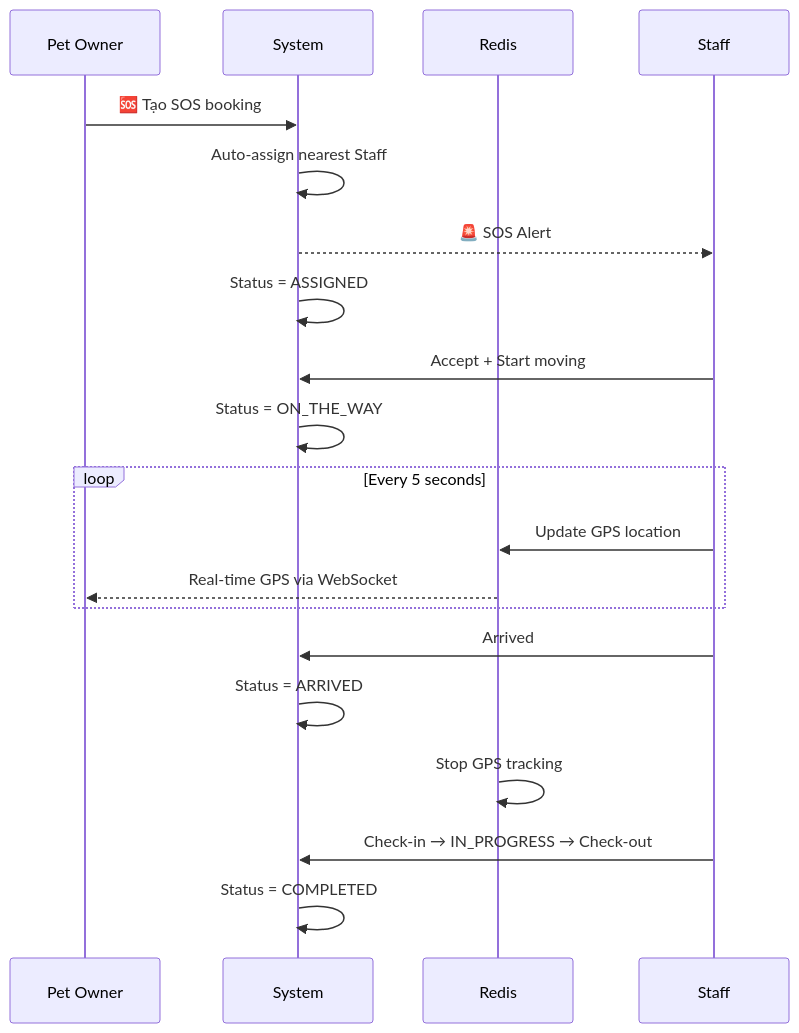
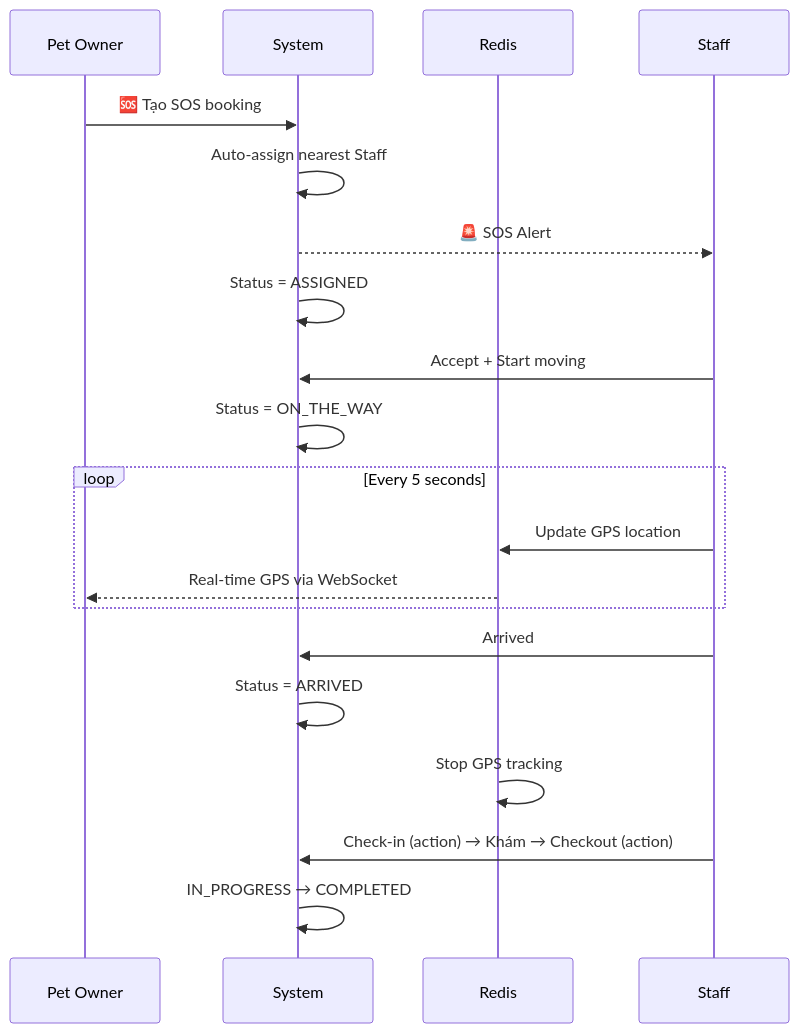
One commit to espresso23/Petties-Veterinary-Appointment-Booking-Platform changed the fourth of 5 diagrams in docs-references/documentation/BOOKING_WORKFLOW.md. Above: the diagram before and after it, drawn with Mermaid. The commit also changed other lines of this file and 24 other files, not shown here.

````diff
--- a/docs-references/documentation/BOOKING_WORKFLOW.md
+++ b/docs-references/documentation/BOOKING_WORKFLOW.md
@@ -160,27 +158,27 @@
 ```mermaid
 sequenceDiagram
     participant PO as Pet Owner
     participant S as System
     participant R as Redis
     participant V as Staff
 
     PO->>S: 🆘 Tạo SOS booking
     S->>S: Auto-assign nearest Staff
     S-->>V: 🚨 SOS Alert
     S->>S: Status = ASSIGNED
 
     V->>S: Accept + Start moving
     S->>S: Status = ON_THE_WAY
 
     loop Every 5 seconds
         V->>R: Update GPS location
         R-->>PO: Real-time GPS via WebSocket
     end
 
     V->>S: Arrived
     S->>S: Status = ARRIVED
     R->>R: Stop GPS tracking
 
-    V->>S: Check-in → IN_PROGRESS → Check-out
-    S->>S: Status = COMPLETED
+    V->>S: Check-in (action) → Khám → Checkout (action)
+    S->>S: IN_PROGRESS → COMPLETED
 ```
````
